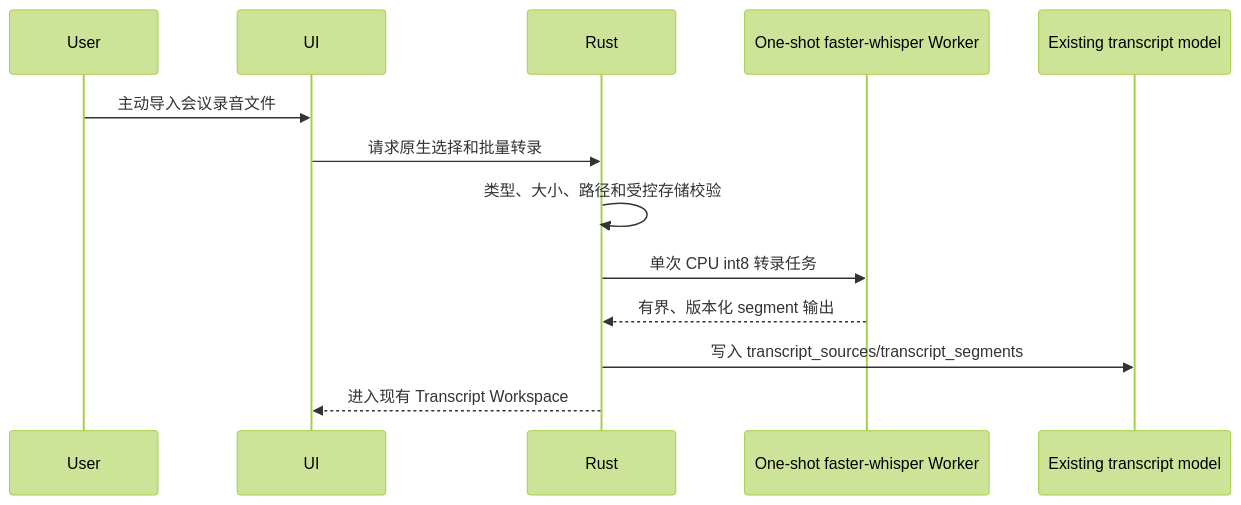
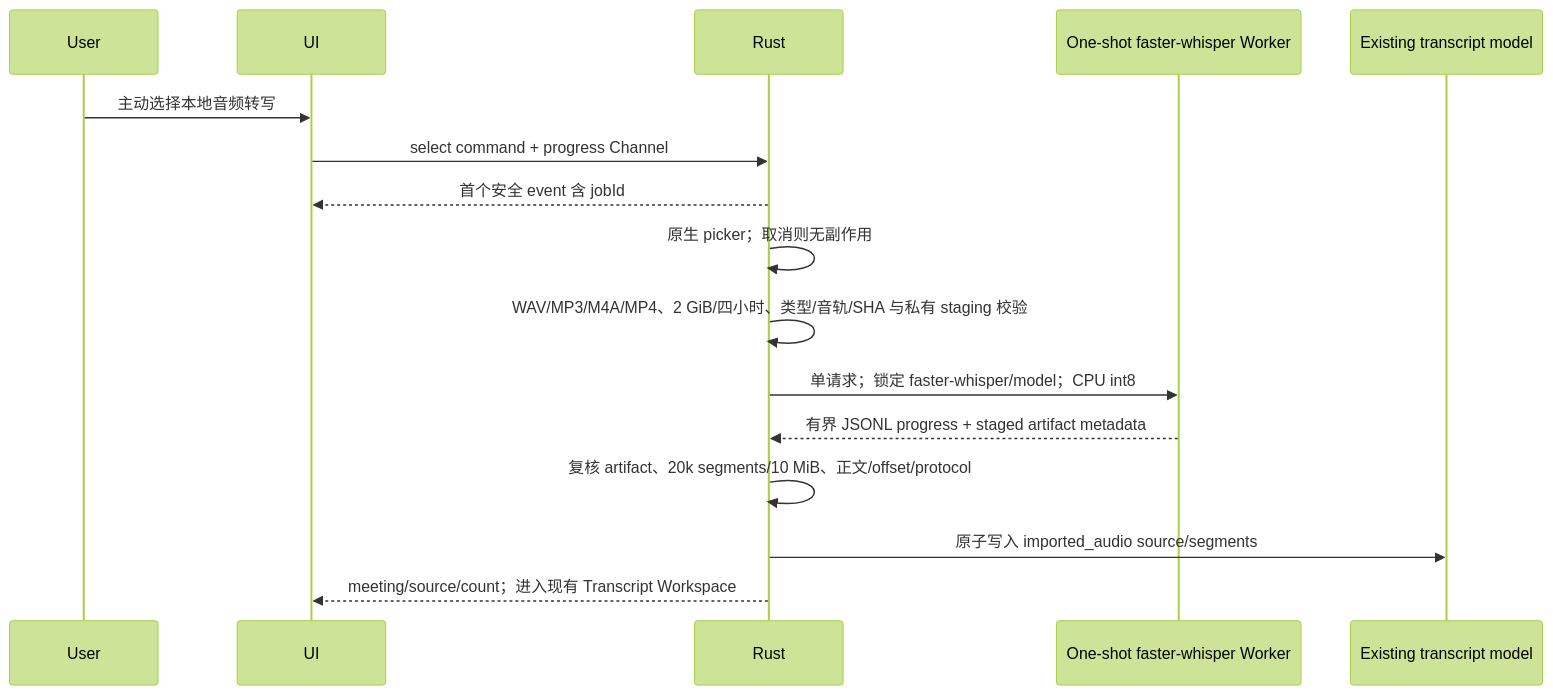
The fourth of 7 diagrams in ARCHITECTURE.md (Gray-8a/MeetingLens), drawn with Mermaid (forest theme) before and after one commit. The commit also changed other lines of this file and 77 other files, not shown here.

````diff
--- a/ARCHITECTURE.md
+++ b/ARCHITECTURE.md
@@ -169,15 +176,18 @@
 ```mermaid
 sequenceDiagram
     participant User
     participant UI
     participant Rust
     participant Worker as One-shot faster-whisper Worker
     participant DB as Existing transcript model
-    User->>UI: 主动导入会议录音文件
-    UI->>Rust: 请求原生选择和批量转录
-    Rust->>Rust: 类型、大小、路径和受控存储校验
-    Rust->>Worker: 单次 CPU int8 转录任务
-    Worker-->>Rust: 有界、版本化 segment 输出
-    Rust->>DB: 写入 transcript_sources/transcript_segments
-    Rust-->>UI: 进入现有 Transcript Workspace
+    User->>UI: 主动选择本地音频转写
+    UI->>Rust: select command + progress Channel
+    Rust-->>UI: 首个安全 event 含 jobId
+    Rust->>Rust: 原生 picker；取消则无副作用
+    Rust->>Rust: WAV/MP3/M4A/MP4、2 GiB/四小时、类型/音轨/SHA 与私有 staging 校验
+    Rust->>Worker: 单请求；锁定 faster-whisper/model；CPU int8
+    Worker-->>Rust: 有界 JSONL progress + staged artifact metadata
+    Rust->>Rust: 复核 artifact、20k segments/10 MiB、正文/offset/protocol
+    Rust->>DB: 原子写入 imported_audio source/segments
+    Rust-->>UI: meeting/source/count；进入现有 Transcript Workspace
 ```
````
